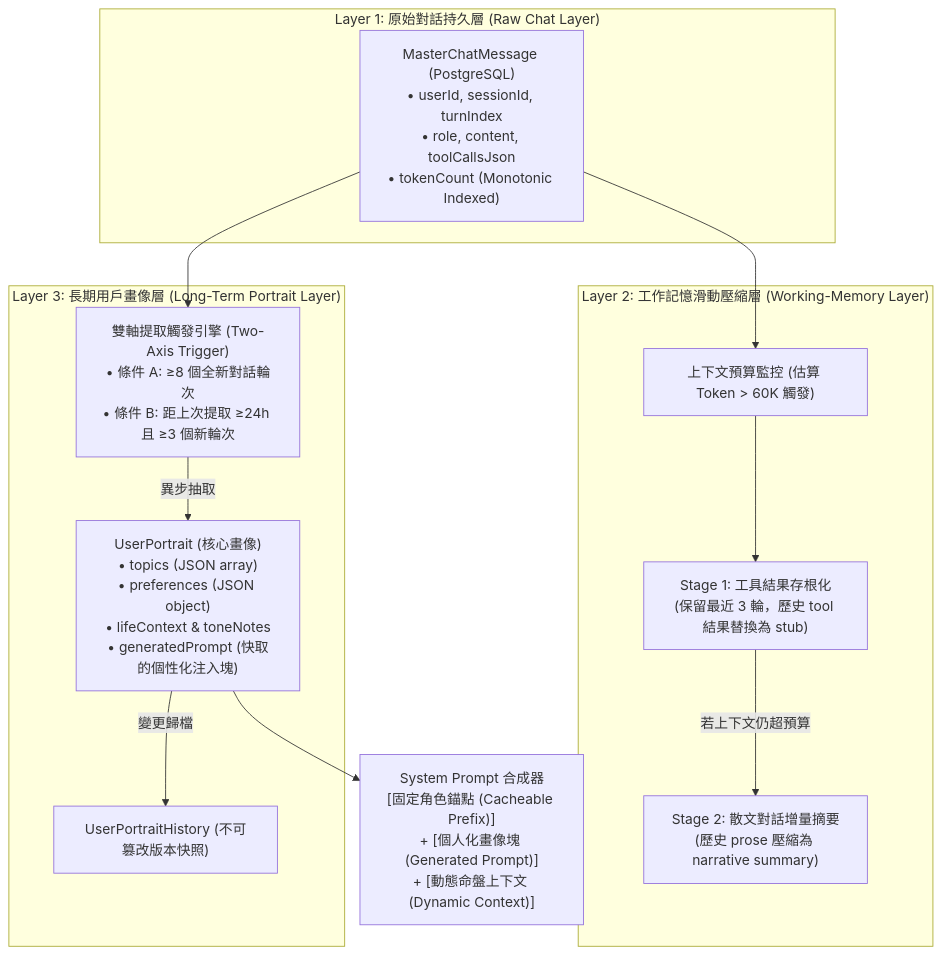
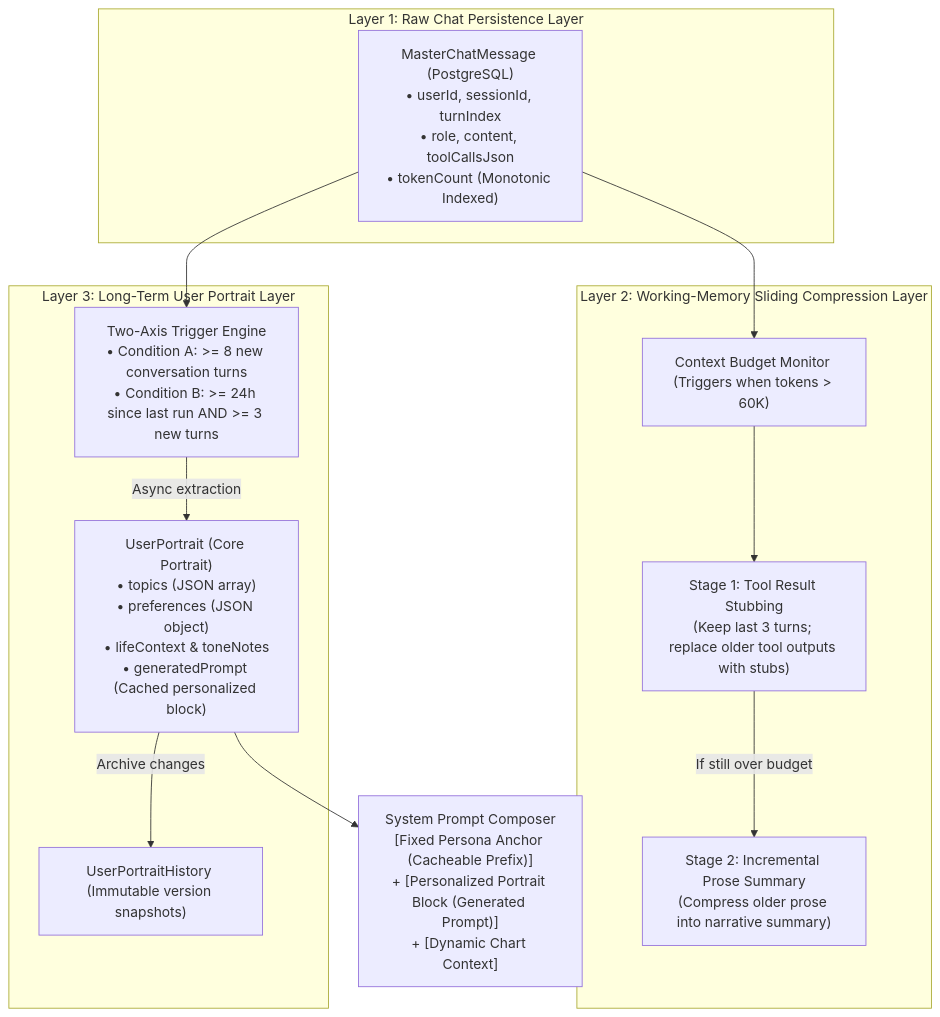
Before and after one commit to cocWorkshop/chinese-divination: the diagram in docs/architecture/master-portrait-system.md, drawn with Mermaid. The commit also changed other lines of this file and 29 other files, not shown here.

````diff
--- a/docs/architecture/master-portrait-system.md
+++ b/docs/architecture/master-portrait-system.md
@@ -25,26 +25,26 @@
 ```mermaid
 flowchart TD
-    subgraph Layer1 ["Layer 1: 原始對話持久層 (Raw Chat Layer)"]
+    subgraph Layer1 ["Layer 1: Raw Chat Persistence Layer"]
         MsgRow["MasterChatMessage (PostgreSQL)<br/>• userId, sessionId, turnIndex<br/>• role, content, toolCallsJson<br/>• tokenCount (Monotonic Indexed)"]
     end
 
-    subgraph Layer2 ["Layer 2: 工作記憶滑動壓縮層 (Working-Memory Layer)"]
-        ContextWindow["上下文預算監控 (估算 Token > 60K 觸發)"]
-        Stage1["Stage 1: 工具結果存根化<br/>(保留最近 3 輪，歷史 tool 結果替換為 stub)"]
-        Stage2["Stage 2: 散文對話增量摘要<br/>(歷史 prose 壓縮為 narrative summary)"]
+    subgraph Layer2 ["Layer 2: Working-Memory Sliding Compression Layer"]
+        ContextWindow["Context Budget Monitor (Triggers when tokens > 60K)"]
+        Stage1["Stage 1: Tool Result Stubbing<br/>(Keep last 3 turns; replace older tool outputs with stubs)"]
+        Stage2["Stage 2: Incremental Prose Summary<br/>(Compress older prose into narrative summary)"]
         ContextWindow --> Stage1
-        Stage1 -->|若上下文仍超預算| Stage2
+        Stage1 -->|If still over budget| Stage2
     end
 
-    subgraph Layer3 ["Layer 3: 長期用戶畫像層 (Long-Term Portrait Layer)"]
-        Extractor["雙軸提取觸發引擎 (Two-Axis Trigger)<br/>• 條件 A: ≥8 個全新對話輪次<br/>• 條件 B: 距上次提取 ≥24h 且 ≥3 個新輪次"]
-        PortraitRow["UserPortrait (核心畫像)<br/>• topics (JSON array)<br/>• preferences (JSON object)<br/>• lifeContext & toneNotes<br/>• generatedPrompt (快取的個性化注入塊)"]
-        HistoryRow["UserPortraitHistory (不可篡改版本快照)"]
-        Extractor -->|異步抽取| PortraitRow
-        PortraitRow -->|變更歸檔| HistoryRow
+    subgraph Layer3 ["Layer 3: Long-Term User Portrait Layer"]
+        Extractor["Two-Axis Trigger Engine<br/>• Condition A: >= 8 new conversation turns<br/>• Condition B: >= 24h since last run AND >= 3 new turns"]
+        PortraitRow["UserPortrait (Core Portrait)<br/>• topics (JSON array)<br/>• preferences (JSON object)<br/>• lifeContext & toneNotes<br/>• generatedPrompt (Cached personalized block)"]
+        HistoryRow["UserPortraitHistory (Immutable version snapshots)"]
+        Extractor -->|Async extraction| PortraitRow
+        PortraitRow -->|Archive changes| HistoryRow
     end
 
     MsgRow --> ContextWindow
     MsgRow --> Extractor
-    PortraitRow --> PromptComposer["System Prompt 合成器<br/>[固定角色錨點 (Cacheable Prefix)]<br/>+ [個人化畫像塊 (Generated Prompt)]<br/>+ [動態命盤上下文 (Dynamic Context)]"]
+    PortraitRow --> PromptComposer["System Prompt Composer<br/>[Fixed Persona Anchor (Cacheable Prefix)]<br/>+ [Personalized Portrait Block (Generated Prompt)]<br/>+ [Dynamic Chart Context]"]
 ```
````
